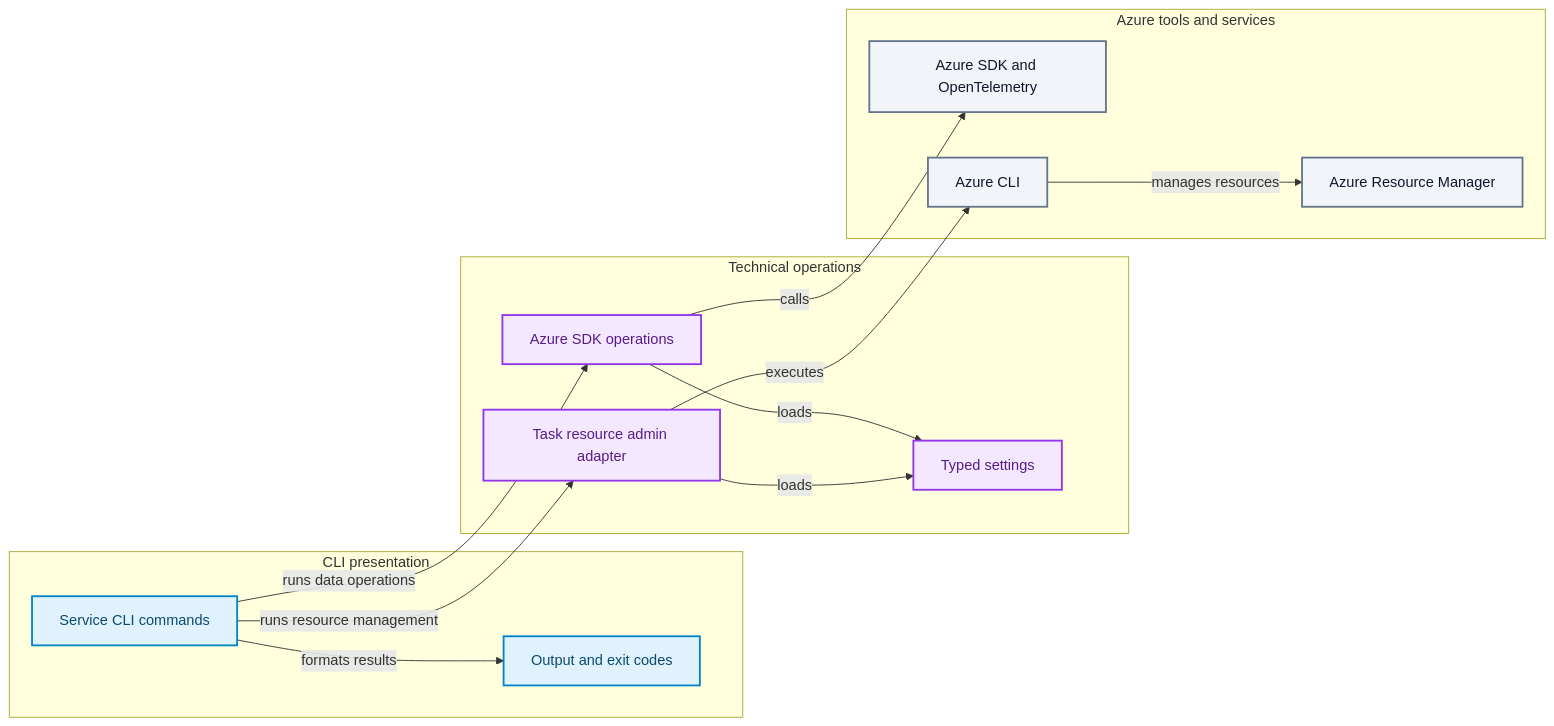
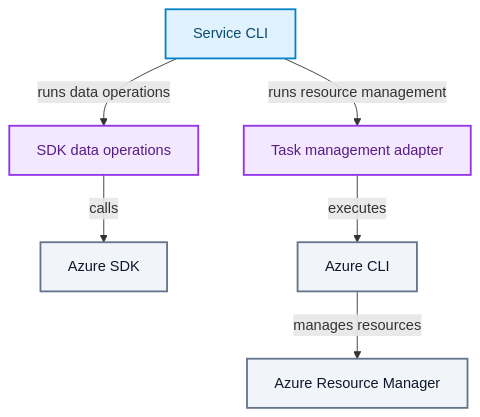
One commit to ks6088ts-labs/template-azure-python changed the second of 3 diagrams in docs/architecture/index.md. Above: the diagram before and after it, drawn with Mermaid. The commit also changed other lines of this file and 9 other files, not shown here.

````diff
--- a/docs/architecture/index.md
+++ b/docs/architecture/index.md
@@ -111,35 +122,22 @@
 ```mermaid
-flowchart LR
-    subgraph CliPresentation["CLI presentation"]
-        cli["Service CLI commands"]
-        output["Output and exit codes"]
-    end
+flowchart TD
+    cli["Service CLI"]
+    operations["SDK data operations"]
+    admin["Task management adapter"]
+    sdk["Azure SDK"]
+    az["Azure CLI"]
+    arm["Azure Resource Manager"]
 
-    subgraph CliOperations["Technical operations"]
-        operations["Azure SDK operations"]
-        admin["Task resource admin adapter"]
-        cliSettings["Typed settings"]
-    end
-
-    subgraph CliExternal["Azure tools and services"]
-        sdk["Azure SDK and OpenTelemetry"]
-        az["Azure CLI"]
-        arm["Azure Resource Manager"]
-    end
-
-    cli -->|"formats results"| output
     cli -->|"runs data operations"| operations
     cli -->|"runs resource management"| admin
-    operations -->|"loads"| cliSettings
-    admin -->|"loads"| cliSettings
     operations -->|"calls"| sdk
     admin -->|"executes"| az
     az -->|"manages resources"| arm
 
     classDef cliEntry fill:#E0F2FE,stroke:#0284C7,color:#0C4A6E,stroke-width:2px
     classDef cliAdapter fill:#F3E8FF,stroke:#9333EA,color:#581C87,stroke-width:2px
     classDef cliExternalNode fill:#F1F5F9,stroke:#64748B,color:#0F172A,stroke-width:2px
-    class cli,output cliEntry
-    class operations,admin,cliSettings cliAdapter
+    class cli cliEntry
+    class operations,admin cliAdapter
     class sdk,az,arm cliExternalNode
 ```
````
